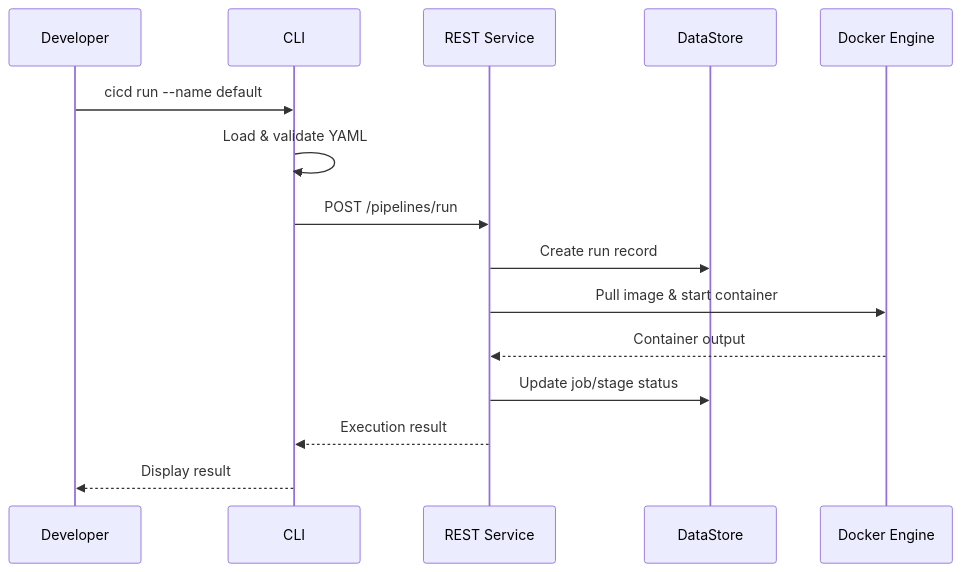
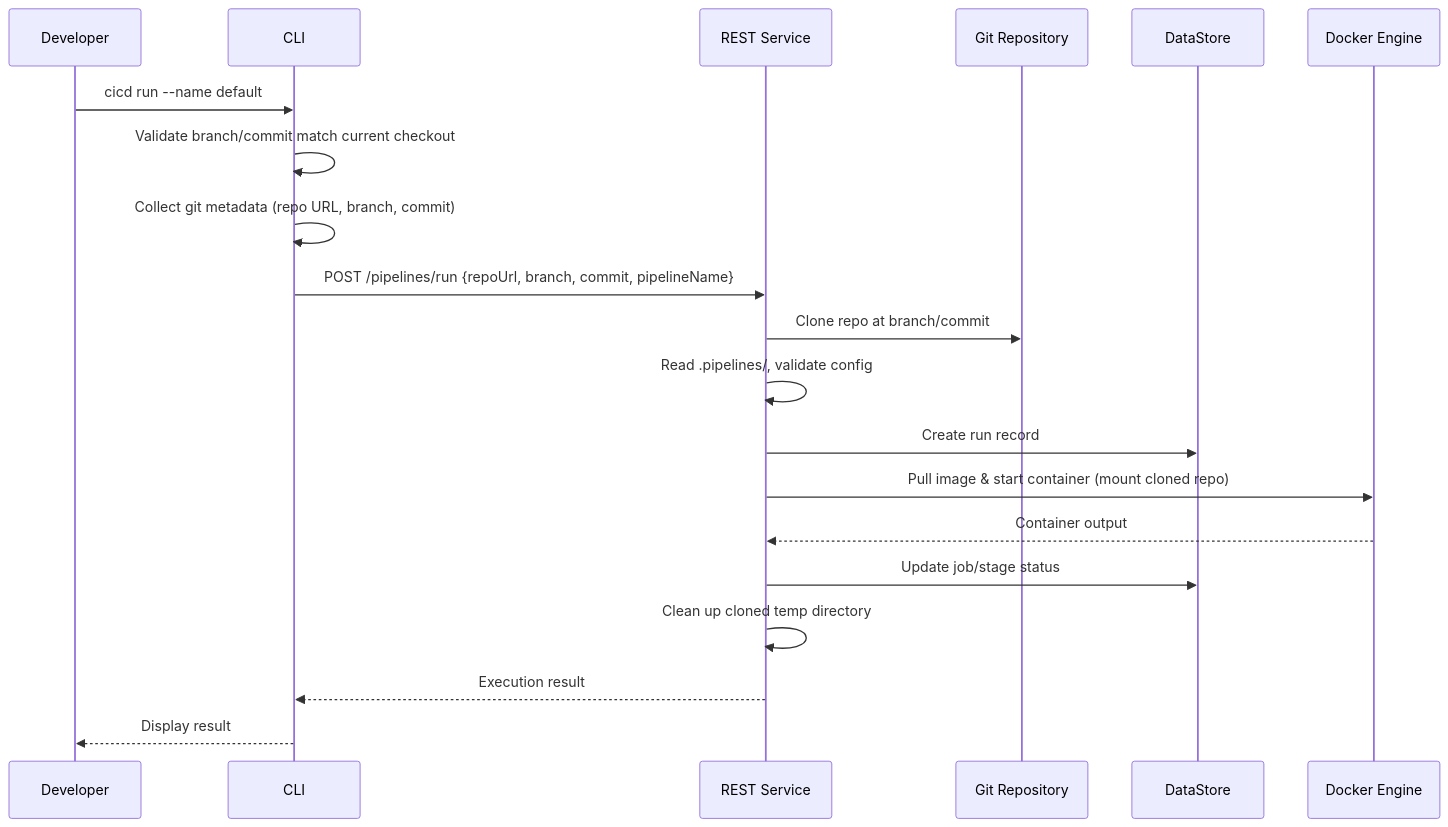
Before and after one commit to lietcooper/microservice-cicd-system: the first of 2 diagrams in dev-docs/design/initial-design.md, drawn with Mermaid. The commit also changed other lines of this file and 2 other files, not shown here.

Commit message:
added remote validation and git repository component in designs and diagrams

````diff
--- a/dev-docs/design/initial-design.md
+++ b/dev-docs/design/initial-design.md
@@ -90,18 +92,23 @@
 ```mermaid
 sequenceDiagram
     participant Dev as Developer
     participant CLI as CLI
     participant REST as REST Service
+    participant Git as Git Repository
     participant DB as DataStore
     participant Docker as Docker Engine
 
     Dev->>CLI: cicd run --name default
-    CLI->>CLI: Load & validate YAML
-    CLI->>REST: POST /pipelines/run
+    CLI->>CLI: Validate branch/commit match current checkout
+    CLI->>CLI: Collect git metadata (repo URL, branch, commit)
+    CLI->>REST: POST /pipelines/run {repoUrl, branch, commit, pipelineName}
+    REST->>Git: Clone repo at branch/commit
+    REST->>REST: Read .pipelines/, validate config
     REST->>DB: Create run record
-    REST->>Docker: Pull image & start container
+    REST->>Docker: Pull image & start container (mount cloned repo)
     Docker-->>REST: Container output
     REST->>DB: Update job/stage status
+    REST->>REST: Clean up cloned temp directory
     REST-->>CLI: Execution result
     CLI-->>Dev: Display result
 ```
````
